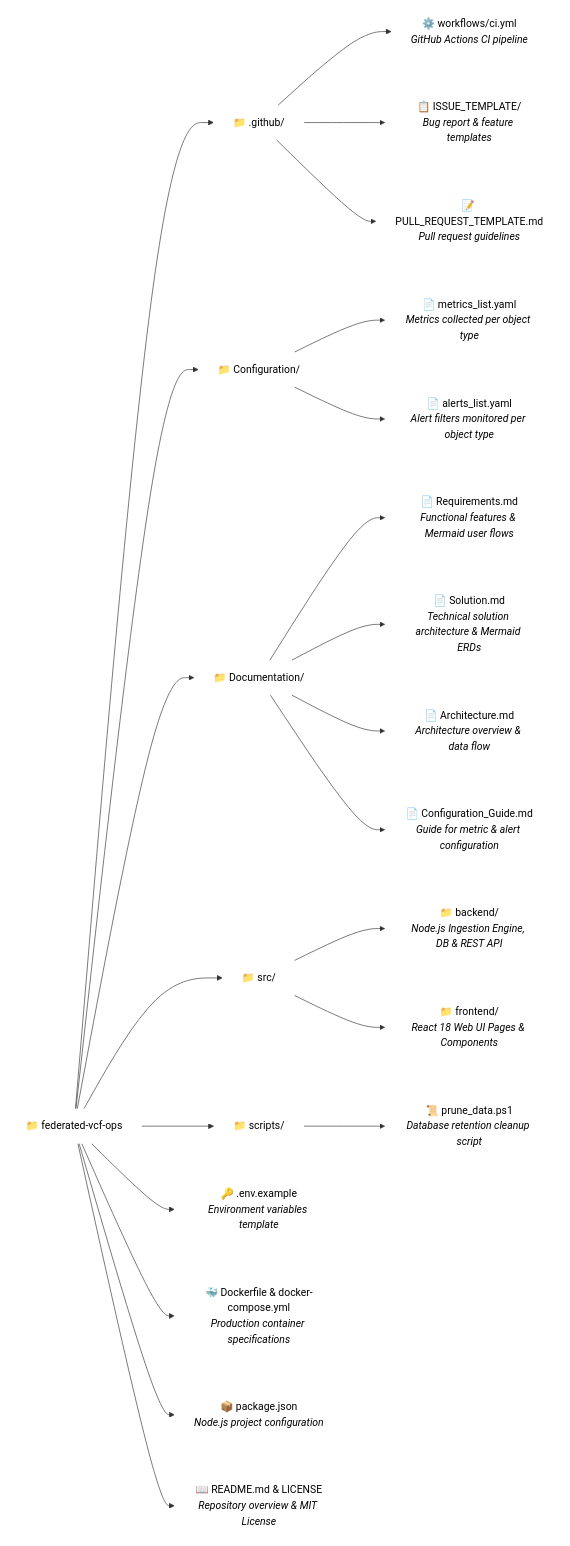
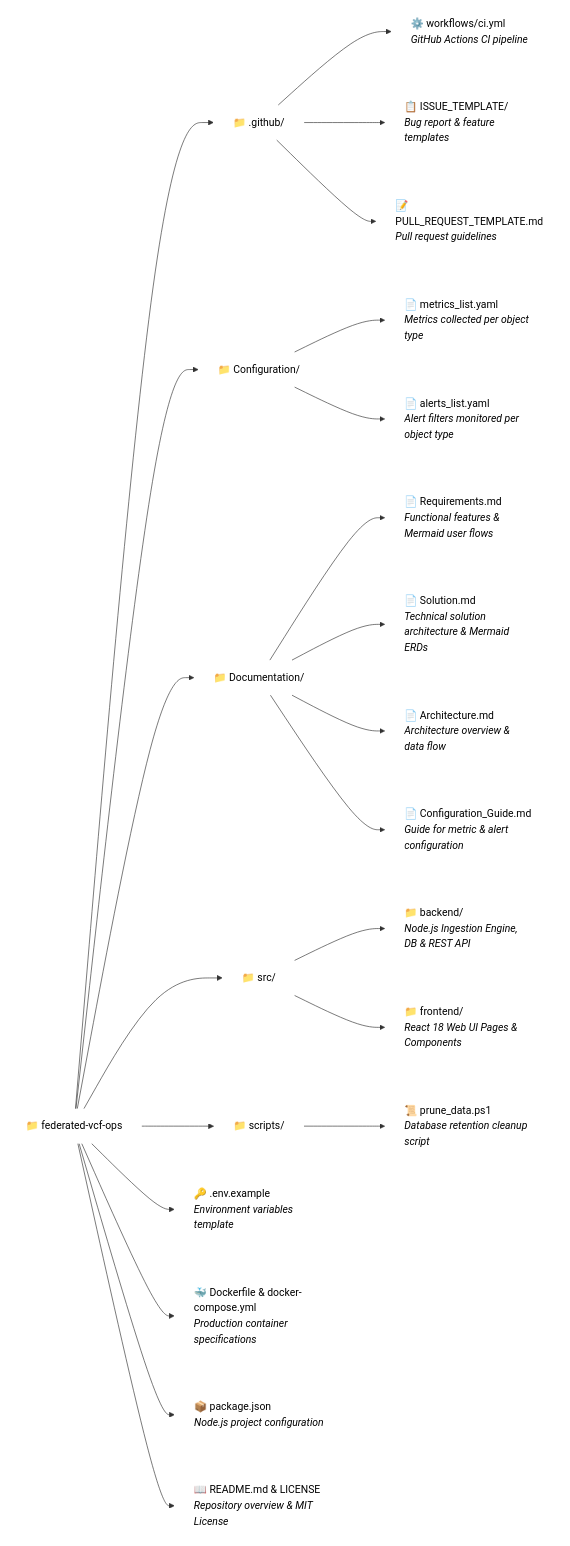
One commit to e1-rahabok/Federated-VCF-Operations changed the diagram in README.md. Above: the diagram before and after it, drawn with Mermaid.

Commit message:
docs: left-align text inside README Mermaid diagram nodes

````diff
--- a/README.md
+++ b/README.md
@@ -27,40 +27,40 @@
 ```mermaid
 flowchart LR
-    classDef folder fill:none,stroke:none,color:#000000;
-    classDef file fill:none,stroke:none,color:#000000;
+    classDef folder fill:none,stroke:none,color:#000000,text-align:left;
+    classDef file fill:none,stroke:none,color:#000000,text-align:left;
 
-    Root["📁 federated-vcf-ops"]:::folder
+    Root["<div align='left'>📁 federated-vcf-ops</div>"]:::folder
 
     %% .github folder
-    Root --> GH["📁 .github/"]:::folder
-    GH --> GH1["⚙️ workflows/ci.yml<br/><i>GitHub Actions CI pipeline</i>"]:::file
-    GH --> GH2["📋 ISSUE_TEMPLATE/<br/><i>Bug report & feature templates</i>"]:::file
-    GH --> GH3["📝 PULL_REQUEST_TEMPLATE.md<br/><i>Pull request guidelines</i>"]:::file
+    Root --> GH["<div align='left'>📁 .github/</div>"]:::folder
+    GH --> GH1["<div align='left'>⚙️ workflows/ci.yml<br/><i>GitHub Actions CI pipeline</i></div>"]:::file
+    GH --> GH2["<div align='left'>📋 ISSUE_TEMPLATE/<br/><i>Bug report & feature templates</i></div>"]:::file
+    GH --> GH3["<div align='left'>📝 PULL_REQUEST_TEMPLATE.md<br/><i>Pull request guidelines</i></div>"]:::file
 
     %% Configuration folder
-    Root --> CONF["📁 Configuration/"]:::folder
-    CONF --> C1["📄 metrics_list.yaml<br/><i>Metrics collected per object type</i>"]:::file
-    CONF --> C2["📄 alerts_list.yaml<br/><i>Alert filters monitored per object type</i>"]:::file
+    Root --> CONF["<div align='left'>📁 Configuration/</div>"]:::folder
+    CONF --> C1["<div align='left'>📄 metrics_list.yaml<br/><i>Metrics collected per object type</i></div>"]:::file
+    CONF --> C2["<div align='left'>📄 alerts_list.yaml<br/><i>Alert filters monitored per object type</i></div>"]:::file
 
     %% Documentation folder
-    Root --> DOC["📁 Documentation/"]:::folder
-    DOC --> D1["📄 Requirements.md<br/><i>Functional features & Mermaid user flows</i>"]:::file
-    DOC --> D2["📄 Solution.md<br/><i>Technical solution architecture & Mermaid ERDs</i>"]:::file
-    DOC --> D3["📄 Architecture.md<br/><i>Architecture overview & data flow</i>"]:::file
-    DOC --> D4["📄 Configuration_Guide.md<br/><i>Guide for metric & alert configuration</i>"]:::file
+    Root --> DOC["<div align='left'>📁 Documentation/</div>"]:::folder
+    DOC --> D1["<div align='left'>📄 Requirements.md<br/><i>Functional features & Mermaid user flows</i></div>"]:::file
+    DOC --> D2["<div align='left'>📄 Solution.md<br/><i>Technical solution architecture & Mermaid ERDs</i></div>"]:::file
+    DOC --> D3["<div align='left'>📄 Architecture.md<br/><i>Architecture overview & data flow</i></div>"]:::file
+    DOC --> D4["<div align='left'>📄 Configuration_Guide.md<br/><i>Guide for metric & alert configuration</i></div>"]:::file
 
     %% src folder
-    Root --> SRC["📁 src/"]:::folder
-    SRC --> B["📁 backend/<br/><i>Node.js Ingestion Engine, DB & REST API</i>"]:::folder
-    SRC --> F["📁 frontend/<br/><i>React 18 Web UI Pages & Components</i>"]:::folder
+    Root --> SRC["<div align='left'>📁 src/</div>"]:::folder
+    SRC --> B["<div align='left'>📁 backend/<br/><i>Node.js Ingestion Engine, DB & REST API</i></div>"]:::folder
+    SRC --> F["<div align='left'>📁 frontend/<br/><i>React 18 Web UI Pages & Components</i></div>"]:::folder
 
     %% scripts folder
-    Root --> SCR["📁 scripts/"]:::folder
-    SCR --> S1["📜 prune_data.ps1<br/><i>Database retention cleanup script</i>"]:::file
+    Root --> SCR["<div align='left'>📁 scripts/</div>"]:::folder
+    SCR --> S1["<div align='left'>📜 prune_data.ps1<br/><i>Database retention cleanup script</i></div>"]:::file
 
     %% Root configuration files
-    Root --> ENV["🔑 .env.example<br/><i>Environment variables template</i>"]:::file
-    Root --> DOCK["🐳 Dockerfile & docker-compose.yml<br/><i>Production container specifications</i>"]:::file
-    Root --> PKG["📦 package.json<br/><i>Node.js project configuration</i>"]:::file
-    Root --> READ["📖 README.md & LICENSE<br/><i>Repository overview & MIT License</i>"]:::file
+    Root --> ENV["<div align='left'>🔑 .env.example<br/><i>Environment variables template</i></div>"]:::file
+    Root --> DOCK["<div align='left'>🐳 Dockerfile & docker-compose.yml<br/><i>Production container specifications</i></div>"]:::file
+    Root --> PKG["<div align='left'>📦 package.json<br/><i>Node.js project configuration</i></div>"]:::file
+    Root --> READ["<div align='left'>📖 README.md & LICENSE<br/><i>Repository overview & MIT License</i></div>"]:::file
 ```
````
